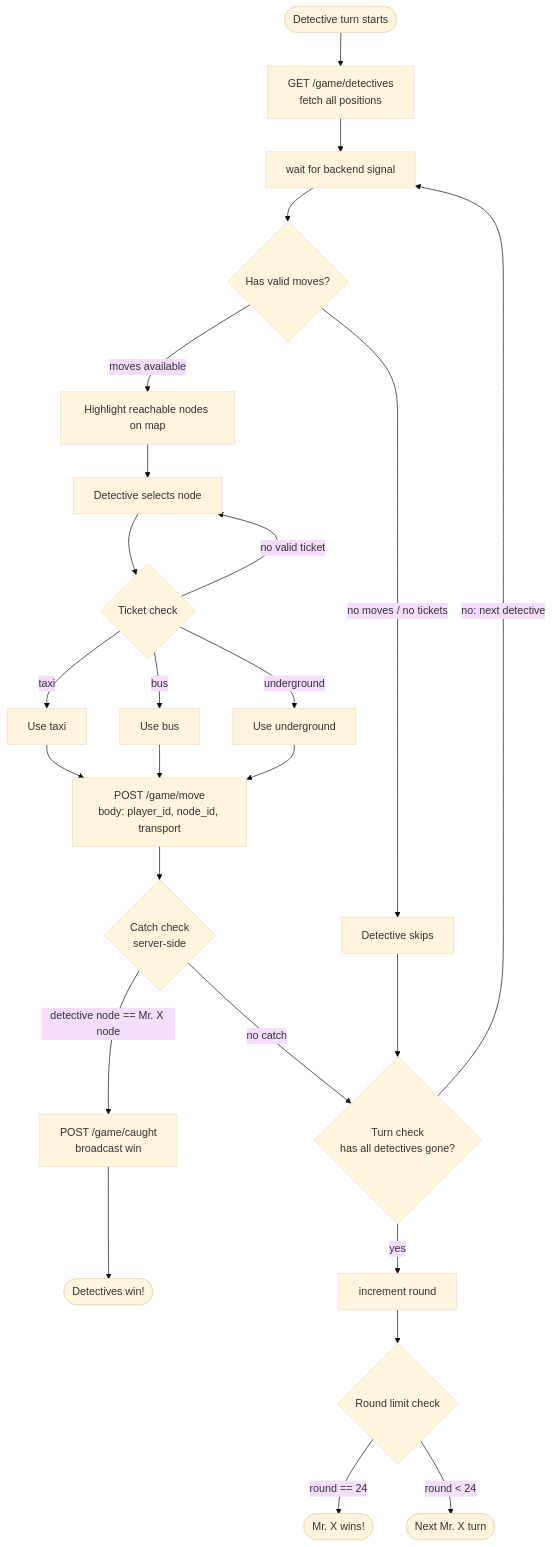
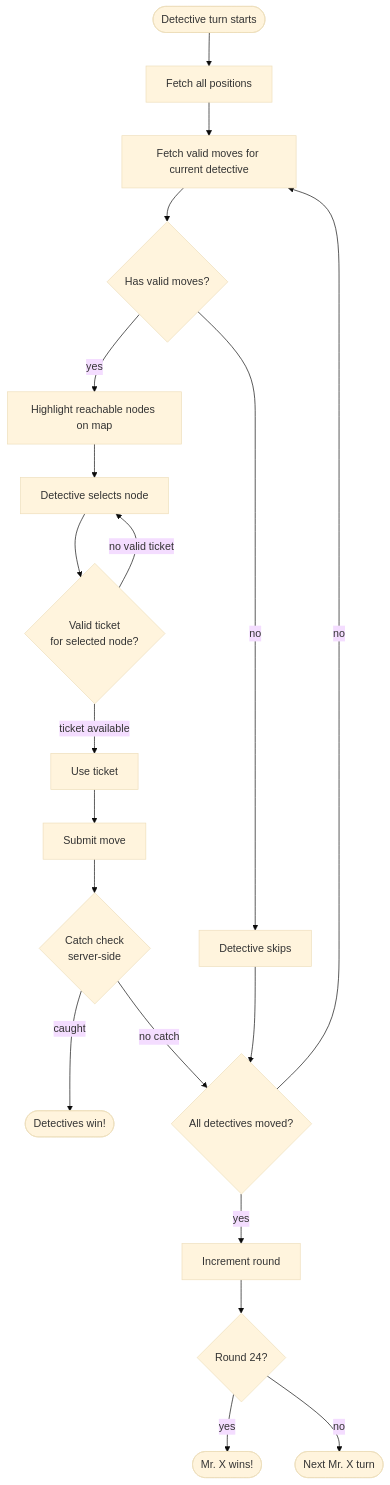
One commit to Ming-Bao/Scotland-Yard changed the third of 3 diagrams in documentation/plans/flowcharts.md. Above: the diagram before and after it, drawn with Mermaid (base theme). The commit also changed other lines of this file, not shown here.

Commit message:
fixed flowcharts

````diff
--- a/documentation/plans/flowcharts.md
+++ b/documentation/plans/flowcharts.md
@@ -58,26 +56,23 @@
 ``` mermaid
 flowchart TD
-    A([Detective turn starts]) --> A1[GET /game/detectives\nfetch all positions]
-    A1 --> B[wait for backend signal]
-    B --> D{Has valid moves?}
-    D -- no moves / no tickets --> E[Detective skips]
-    D -- moves available --> F[Highlight reachable nodes on map]
+    A([Detective turn starts]) --> B[Fetch all positions]
+    B --> C[Fetch valid moves for current detective]
+    C --> D{Has valid moves?}
+    D -- no --> E[Detective skips]
+    D -- yes --> F[Highlight reachable nodes on map]
     F --> G[Detective selects node]
-    G --> H{Ticket check}
-    H -- taxi --> I1[Use taxi]
-    H -- bus --> I2[Use bus]
-    H -- underground --> I3[Use underground]
+    G --> H{Valid ticket\nfor selected node?}
     H -- no valid ticket --> G
-    I1 & I2 & I3 --> J[POST /game/move\nbody: player_id, node_id, transport]
+    H -- ticket available --> I[Use ticket]
+    I --> J[Submit move]
     J --> K{Catch check\nserver-side}
-    K -- detective node == Mr. X node --> L[POST /game/caught\nbroadcast win]
-    L --> M([Detectives win!])
-    K -- no catch --> N{Turn check\nhas all detectives gone?}
-    E --> N
-    N -- no: next detective --> B
-    N -- yes --> O[increment round]
-    O --> P{Round limit check}
-    P -- round == 24 --> Q([Mr. X wins!])
-    P -- round < 24 --> R([Next Mr. X turn])
+    K -- caught --> L([Detectives win!])
+    K -- no catch --> M{All detectives moved?}
+    E --> M
+    M -- no --> C
+    M -- yes --> N[Increment round]
+    N --> O{Round 24?}
+    O -- yes --> P([Mr. X wins!])
+    O -- no --> Q([Next Mr. X turn])
   
 ```
````
